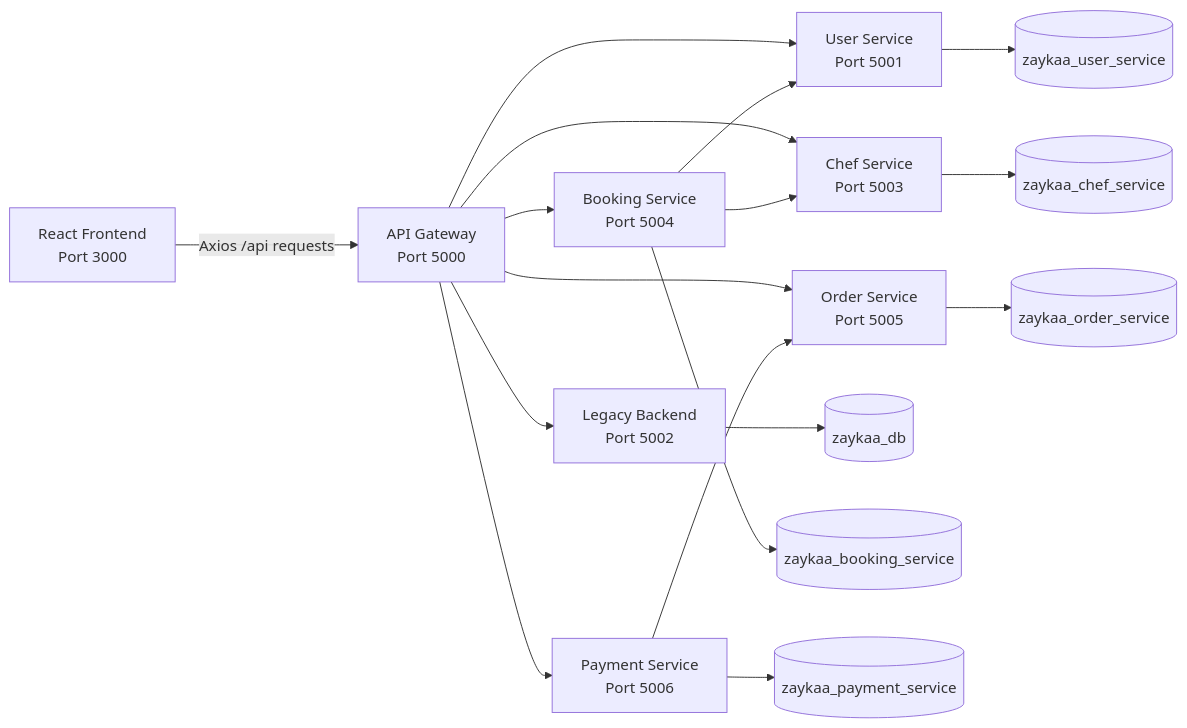
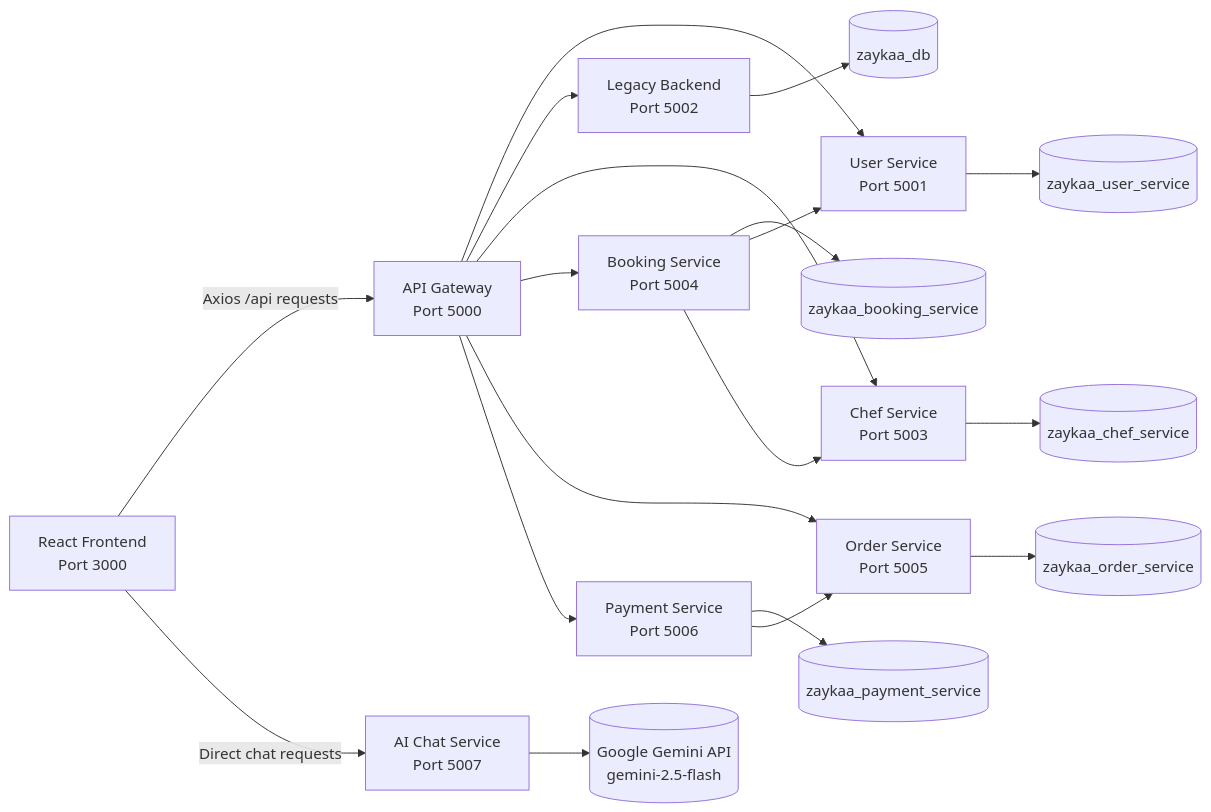
Before and after one commit to bestinall/Zaykaa_start: the first of 2 diagrams in README.md, drawn with Mermaid. The commit also changed other lines of this file, not shown here.

First line of the commit message:
docs: update README for AI chat service integration

````diff
--- a/README.md
+++ b/README.md
@@ -69,22 +71,25 @@
 ```mermaid
 flowchart LR
     FE[React Frontend<br/>Port 3000] -->|Axios /api requests| GW[API Gateway<br/>Port 5000]
+    FE -->|Direct chat requests| AI[AI Chat Service<br/>Port 5007]
 
     GW --> US[User Service<br/>Port 5001]
     GW --> LB[Legacy Backend<br/>Port 5002]
     GW --> CS[Chef Service<br/>Port 5003]
     GW --> BS[Booking Service<br/>Port 5004]
     GW --> OS[Order Service<br/>Port 5005]
     GW --> PS[Payment Service<br/>Port 5006]
+
+    AI --> GEM[(Google Gemini API<br/>gemini-2.5-flash)]
 
     US --> UDB[(zaykaa_user_service)]
     LB --> LDB[(zaykaa_db)]
     CS --> CDB[(zaykaa_chef_service)]
     BS --> BDB[(zaykaa_booking_service)]
     OS --> ODB[(zaykaa_order_service)]
     PS --> PDB[(zaykaa_payment_service)]
 
     BS --> US
     BS --> CS
     PS --> OS
 ```
````
